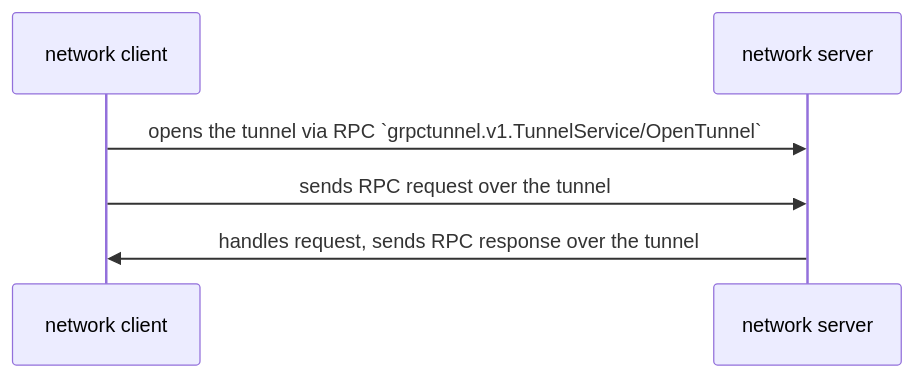
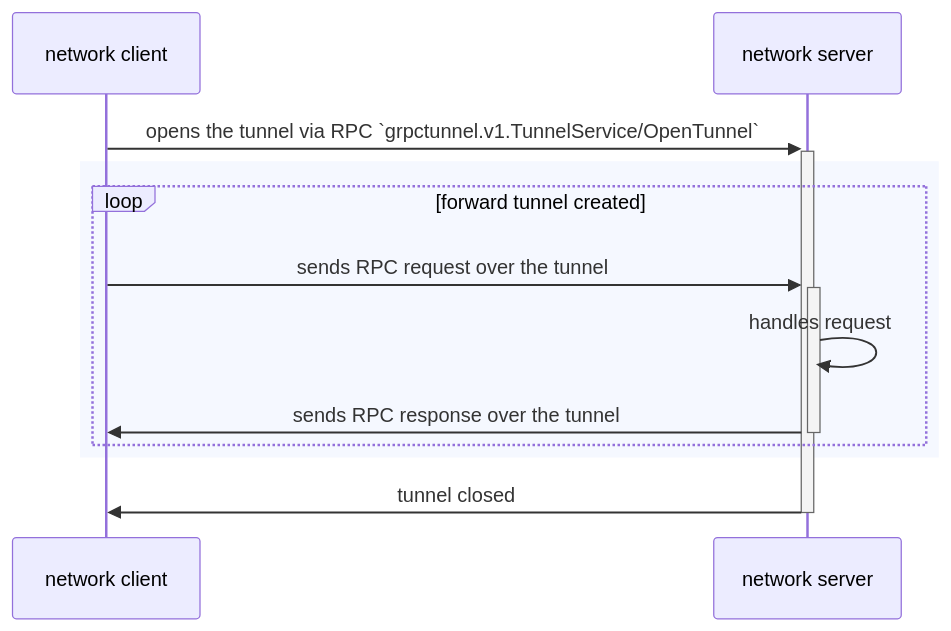
The first of 2 diagrams in README.md (jhump/grpctunnel), drawn with Mermaid before and after one commit. The commit also changed other lines of this file, not shown here.

Commit message:
improve sequence diagrams

````diff
--- a/README.md
+++ b/README.md
@@ -109,8 +109,14 @@
 ```mermaid
 sequenceDiagram
     participant network client
     participant network server
-    network client->>network server: opens the tunnel via RPC `grpctunnel.v1.TunnelService/OpenTunnel`
-    network client->>network server: sends RPC request over the tunnel
-    network server->>network client: handles request, sends RPC response over the tunnel
+    network client->>+network server: opens the tunnel via RPC `grpctunnel.v1.TunnelService/OpenTunnel`
+    rect rgb(245, 248, 255)
+      loop forward tunnel created
+        network client->>+network server: sends RPC request over the tunnel
+	network server->>network server: handles request
+        network server->>-network client: sends RPC response over the tunnel
+      end
+    end
+    network server->>-network client: tunnel closed
 ```
````
